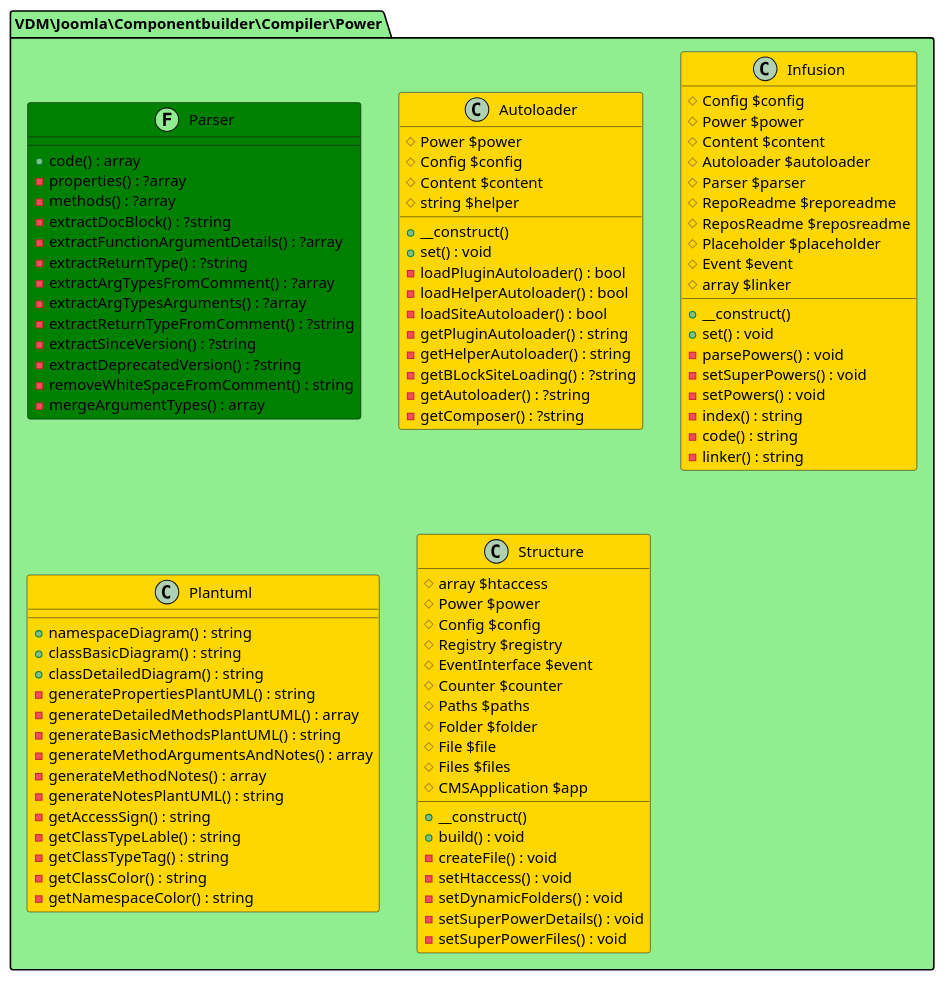
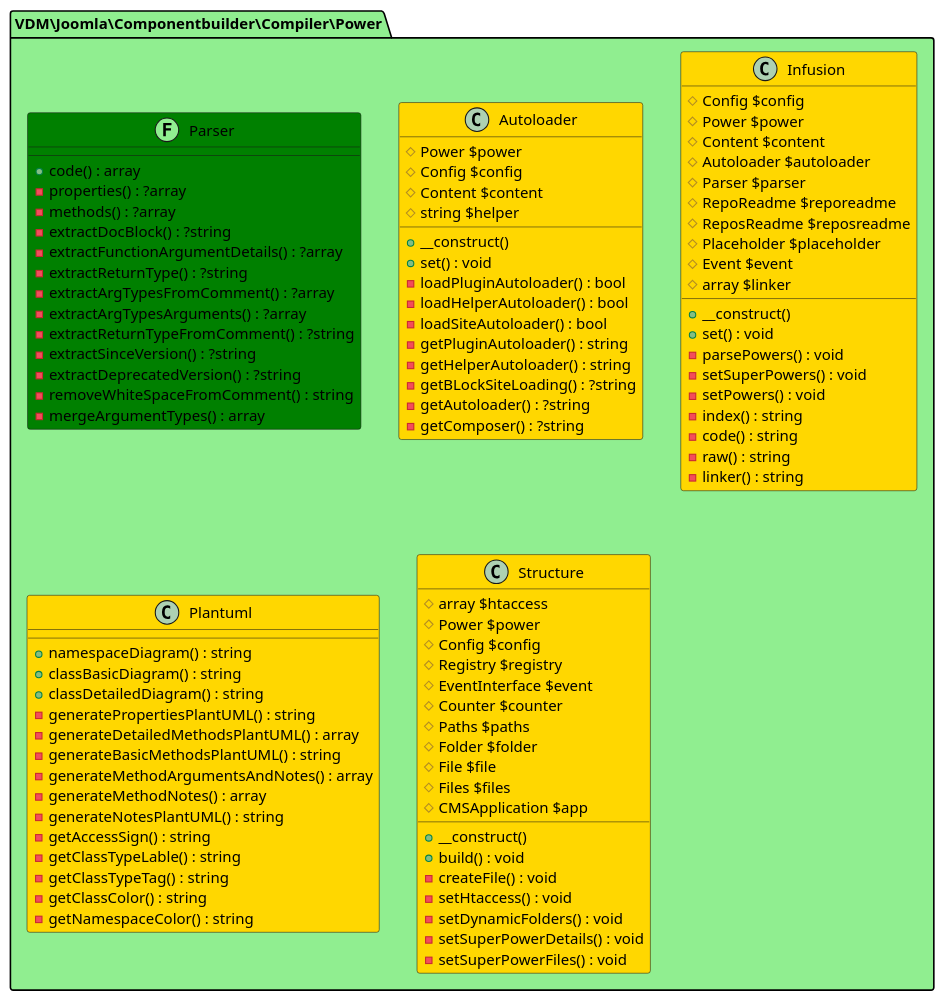
Before and after one commit to joomengine/jcb-compiler: diagram 20 of 33 in README.md, drawn with PlantUML. The commit also changed other lines of this file and 176 other files, not shown here.

```diff
--- a/README.md
+++ b/README.md
@@ -1607,6 +1659,7 @@
     - setPowers() : void
     - index() : string
     - code() : string
+    - raw() : string
     - linker() : string
   }
 
```
